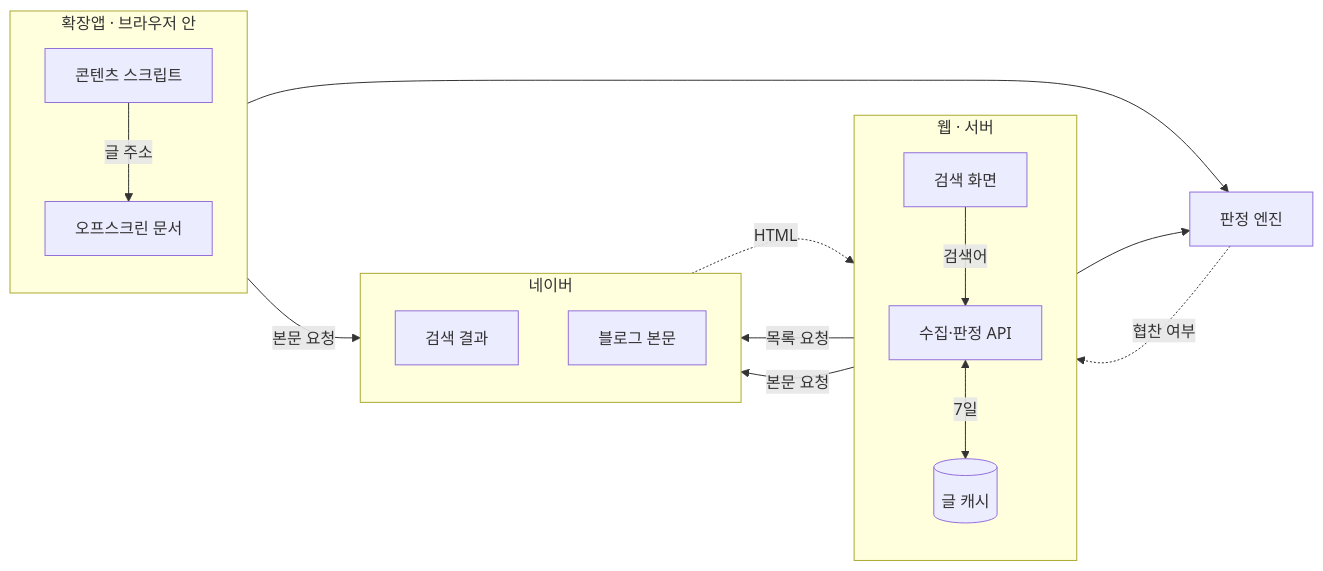
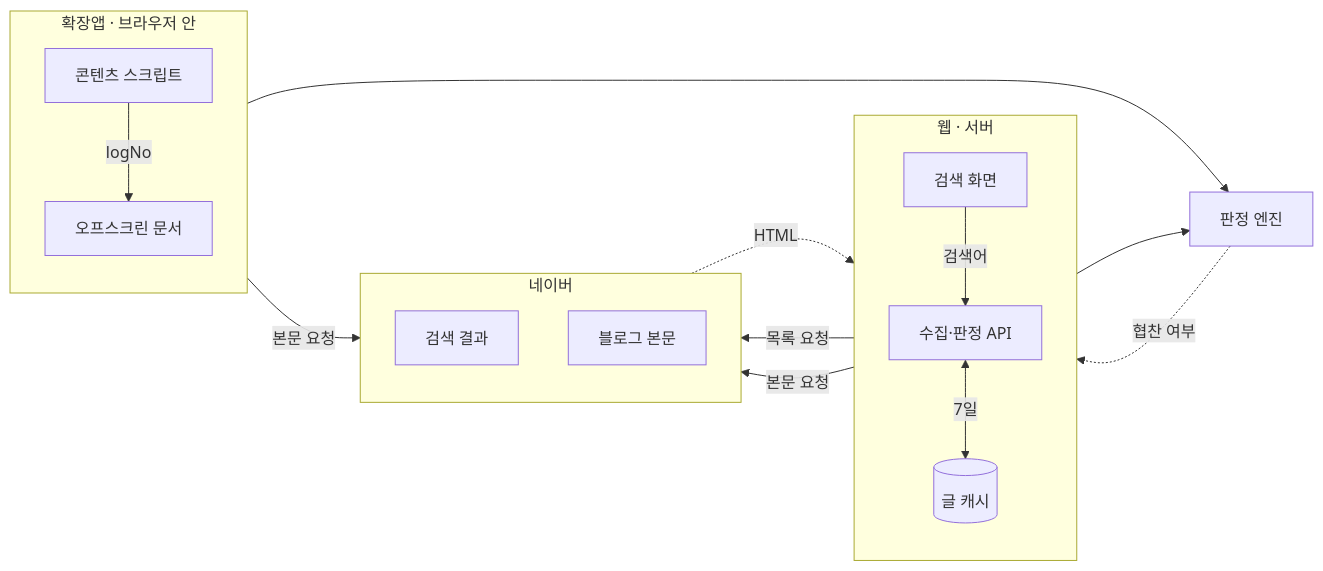
The diagram in projects/clean-review/portfolio.md (P0it/dev-blog), drawn with Mermaid before and after one commit. The commit also changed other lines of this file and 13 other files, not shown here.

````diff
--- a/projects/clean-review/portfolio.md
+++ b/projects/clean-review/portfolio.md
@@ -106,31 +111,31 @@
 ```mermaid
 flowchart LR
   subgraph 확장[확장앱 · 브라우저 안]
     direction TB
     CS[콘텐츠 스크립트]
     OFF[오프스크린 문서]
   end
   subgraph 웹[웹 · 서버]
     direction TB
     UI[검색 화면]
     API[수집·판정 API]
     CACHE[(글 캐시)]
   end
   ENG[판정 엔진]
   subgraph 네이버[네이버]
     direction TB
     SERP[검색 결과]
     POST[블로그 본문]
   end
 
-  CS -->|글 주소| OFF
+  CS -->|logNo| OFF
   OFF -->|본문 요청| POST
   UI -->|검색어| API
   API -->|목록 요청| SERP
   API -->|본문 요청| POST
   POST -.->|HTML| API
   OFF --> ENG
   API --> ENG
   ENG -.->|협찬 여부| UI
   API <-->|7일| CACHE
 ```
````
